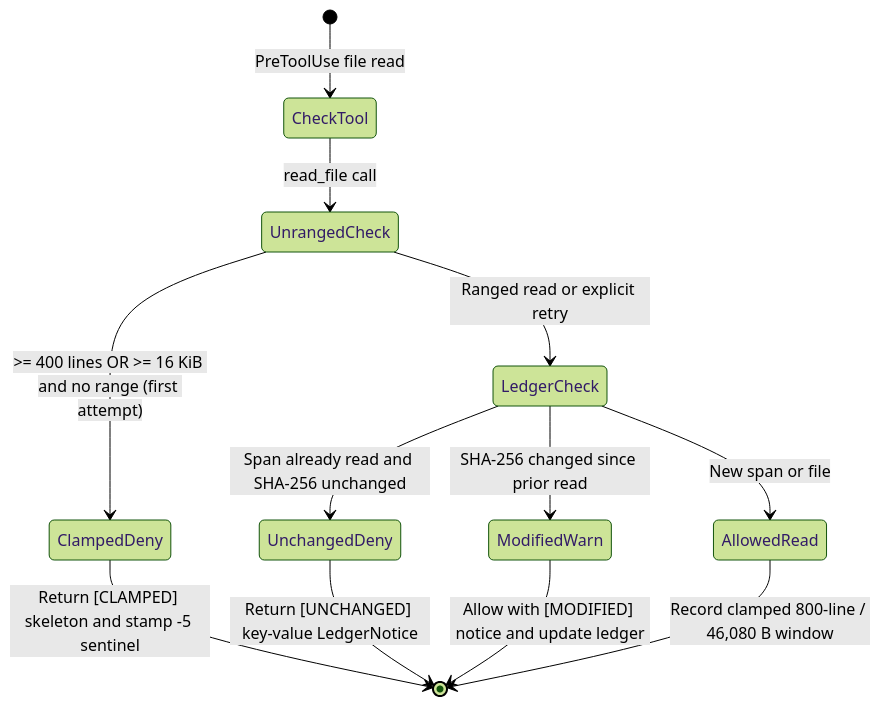
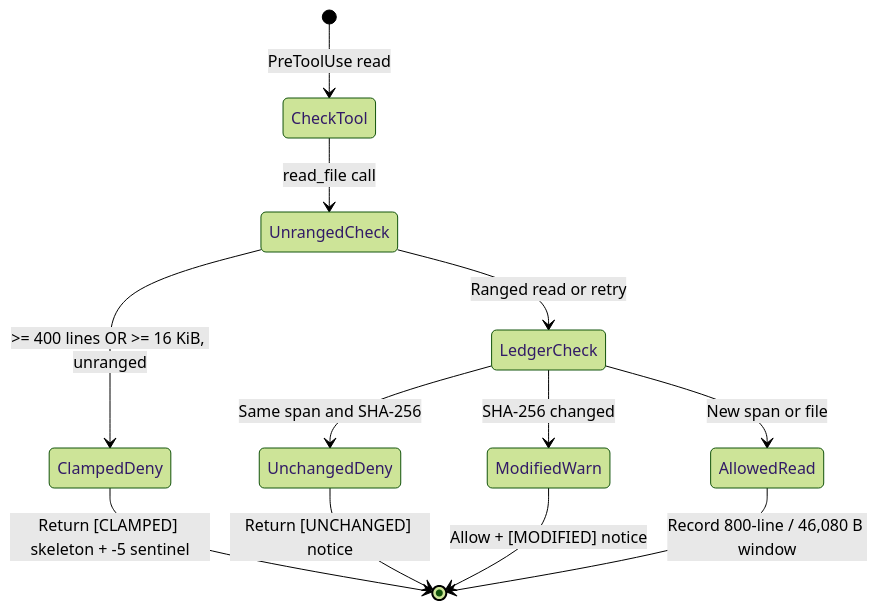
The fourth of 7 diagrams in features/hooks-and-ast-graph.md (kesokaj/fyr), drawn with Mermaid (forest theme) before and after one commit. The commit also changed other lines of this file and 3 other files, not shown here.

````diff
--- a/features/hooks-and-ast-graph.md
+++ b/features/hooks-and-ast-graph.md
@@ -117,14 +91,14 @@
 ```mermaid
 stateDiagram-v2
-    [*] --> CheckTool: PreToolUse file read
+    [*] --> CheckTool: PreToolUse read
     CheckTool --> UnrangedCheck: read_file call
-    UnrangedCheck --> ClampedDeny: >= 400 lines OR >= 16 KiB and no range (first attempt)
-    ClampedDeny --> [*]: Return [CLAMPED] skeleton and stamp -5 sentinel
-    UnrangedCheck --> LedgerCheck: Ranged read or explicit retry
-    LedgerCheck --> UnchangedDeny: Span already read and SHA-256 unchanged
-    UnchangedDeny --> [*]: Return [UNCHANGED] key-value LedgerNotice
-    LedgerCheck --> ModifiedWarn: SHA-256 changed since prior read
-    ModifiedWarn --> [*]: Allow with [MODIFIED] notice and update ledger
+    UnrangedCheck --> ClampedDeny: >= 400 lines OR >= 16 KiB, unranged
+    ClampedDeny --> [*]: Return [CLAMPED] skeleton + -5 sentinel
+    UnrangedCheck --> LedgerCheck: Ranged read or retry
+    LedgerCheck --> UnchangedDeny: Same span and SHA-256
+    UnchangedDeny --> [*]: Return [UNCHANGED] notice
+    LedgerCheck --> ModifiedWarn: SHA-256 changed
+    ModifiedWarn --> [*]: Allow + [MODIFIED] notice
     LedgerCheck --> AllowedRead: New span or file
-    AllowedRead --> [*]: Record clamped 800-line / 46,080 B window
+    AllowedRead --> [*]: Record 800-line / 46,080 B window
 ```
````
